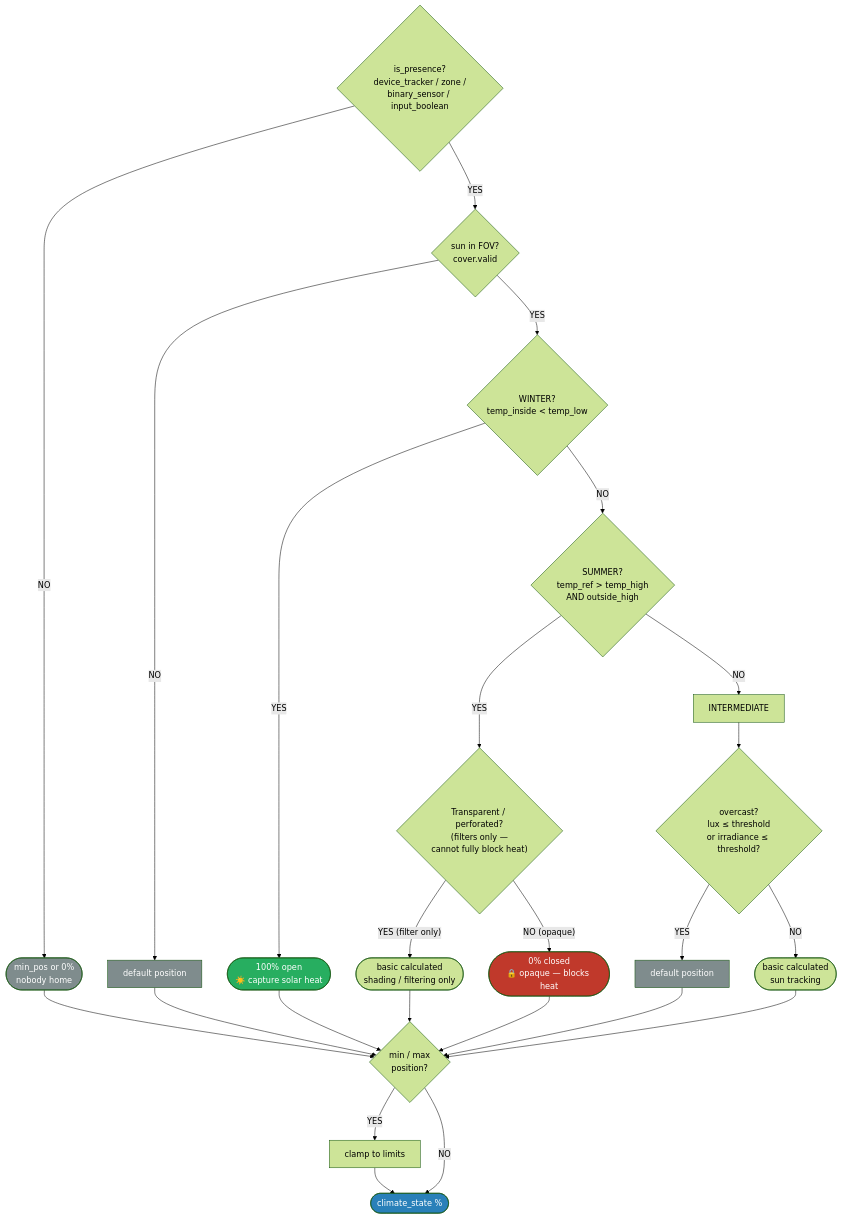
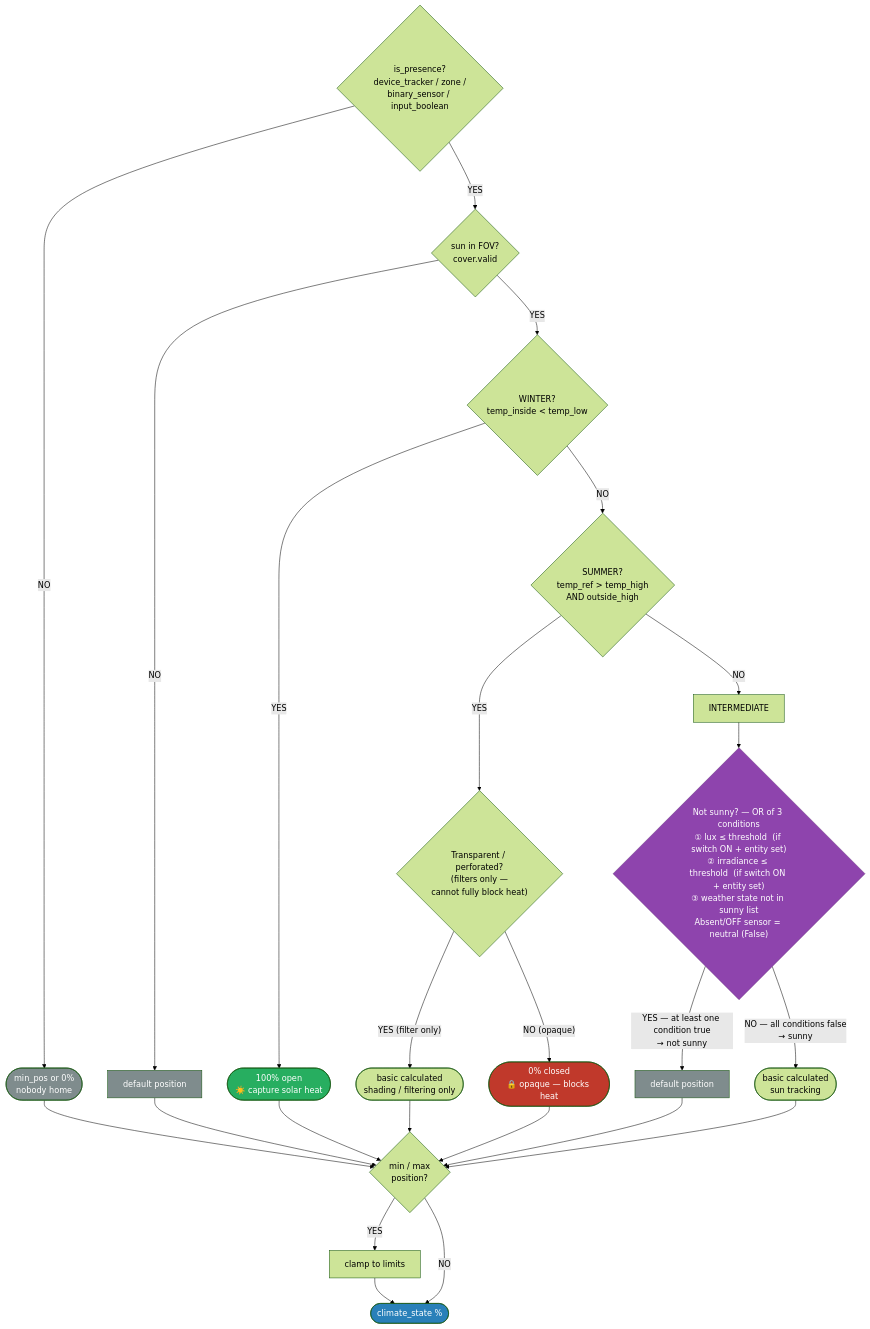
One commit to basbruss/adaptive-cover changed the fourth of 4 diagrams in custom_components/adaptive_cover/README.md. Above: the diagram before and after it, drawn with Mermaid (forest theme). The commit also changed other lines of this file, not shown here.

Commit message:
clarify: LUX node in climate flowchart — OR logic, 3rd condition (weather), absent sensor = neutral

````diff
--- a/custom_components/adaptive_cover/README.md
+++ b/custom_components/adaptive_cover/README.md
@@ -173,44 +173,45 @@
 ```mermaid
 flowchart TD
     PRES{"is_presence?\ndevice_tracker / zone /\nbinary_sensor / input_boolean"}
     NONE(["min_pos  or  0%\nnobody home"])
     FOV{"sun in FOV?\ncover.valid"}
     DDEF["default position"]
     WIN{"WINTER?\ntemp_inside < temp_low"}
     C100(["100% open\n☀️ capture solar heat"])
     SUM{"SUMMER?\ntemp_ref > temp_high\nAND outside_high"}
     TRANS{"Transparent / perforated?\n(filters only —\ncannot fully block heat)"}
     BCALC(["basic calculated\nshading / filtering only"])
     ZERO(["0% closed\n🔒 opaque — blocks heat"])
     INTER["INTERMEDIATE"]
-    LUX{"overcast?\nlux ≤ threshold\nor irradiance ≤ threshold?"}
+    LUX{"Not sunny? — OR of 3 conditions\n① lux ≤ threshold  (if switch ON + entity set)\n② irradiance ≤ threshold  (if switch ON + entity set)\n③ weather state not in sunny list\nAbsent/OFF sensor = neutral (False)"}
     LDEF["default position"]
     LCALC(["basic calculated\nsun tracking"])
     MM{"min / max\nposition?"}
     CLAMP["clamp to limits"]
     COUT(["climate_state  %"])
 
     PRES -->|NO| NONE
     PRES -->|YES| FOV
     FOV -->|NO| DDEF
     FOV -->|YES| WIN
     WIN -->|YES| C100
     WIN -->|NO| SUM
     SUM -->|YES| TRANS
     TRANS -->|"YES (filter only)"| BCALC
     TRANS -->|"NO (opaque)"| ZERO
     SUM -->|NO| INTER --> LUX
-    LUX -->|YES| LDEF
-    LUX -->|NO| LCALC
+    LUX -->|"YES — at least one condition true\n→ not sunny"| LDEF
+    LUX -->|"NO — all conditions false\n→ sunny"| LCALC
 
     NONE & DDEF & C100 & BCALC & ZERO & LDEF & LCALC --> MM
     MM -->|YES| CLAMP --> COUT
     MM -->|NO| COUT
 
     style C100 fill:#27ae60,color:#fff
     style ZERO fill:#c0392b,color:#fff
     style NONE fill:#7f8c8d,color:#fff
     style DDEF fill:#7f8c8d,color:#fff
     style LDEF fill:#7f8c8d,color:#fff
     style COUT fill:#2980b9,color:#fff
+    style LUX fill:#8e44ad,color:#fff,stroke:#6c3483
 ```
````
